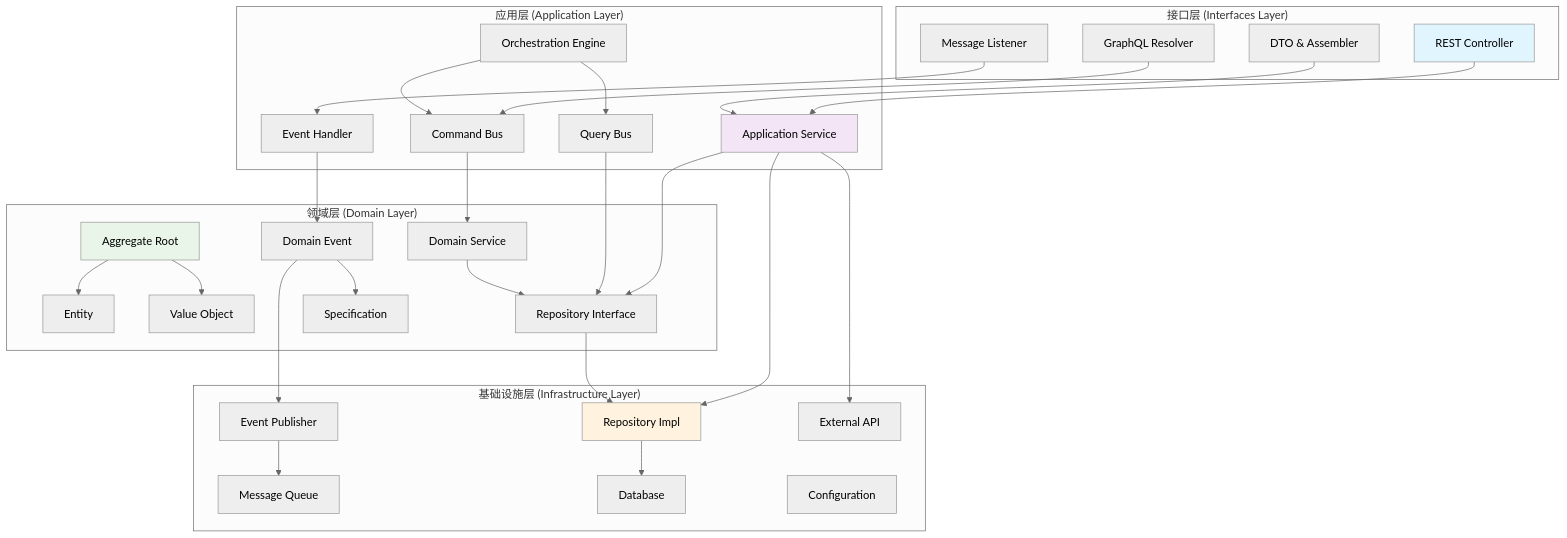
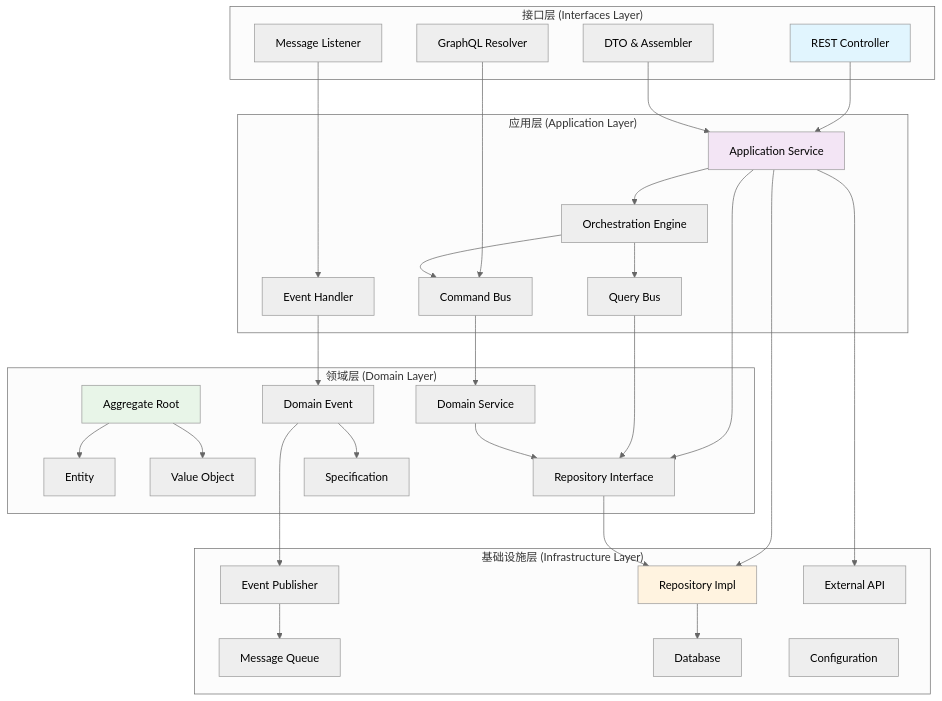
The first of 8 diagrams in ddd-framework/README.md (ANTHEM37/ddd-project), drawn with Mermaid (neutral theme) before and after one commit.

Commit message:
docs(ddd-framework): 更新 README 中的架构图
- 在 B1 节点后增加了一个新的 B4 节点
- 新增了 B1 到 B4 的连接箭头

````diff
--- a/ddd-framework/README.md
+++ b/ddd-framework/README.md
@@ -29,65 +29,66 @@
 ```mermaid
 graph TB
     subgraph "接口层 (Interfaces Layer)"
         A1[REST Controller]
         A2[GraphQL Resolver]
         A3[Message Listener]
         A4[DTO & Assembler]
     end
     
     subgraph "应用层 (Application Layer)"
         B1[Application Service]
         B2[Command Bus]
         B3[Query Bus]
         B4[Orchestration Engine]
         B5[Event Handler]
     end
     
     subgraph "领域层 (Domain Layer)"
         C1[Aggregate Root]
         C2[Entity]
         C3[Value Object]
         C4[Domain Service]
         C5[Domain Event]
         C6[Repository Interface]
         C7[Specification]
     end
     
     subgraph "基础设施层 (Infrastructure Layer)"
         D1[Repository Impl]
         D2[Event Publisher]
         D3[Message Queue]
         D4[Database]
         D5[External API]
         D6[Configuration]
     end
     
     A1 --> B1
     A2 --> B2
     A3 --> B5
     A4 --> B1
     
     B1 --> C6
+    B1 --> B4
     B2 --> C4
     B3 --> C6
     B4 --> B2
     B4 --> B3
     B5 --> C5
     
     C1 --> C2
     C1 --> C3
     C4 --> C6
     C5 --> C7
     
     B1 --> D1
     C6 --> D1
     C5 --> D2
     D2 --> D3
     D1 --> D4
     B1 --> D5
     
     style A1 fill:#e1f5fe
     style B1 fill:#f3e5f5
     style C1 fill:#e8f5e8
     style D1 fill:#fff3e0
 ```
````
